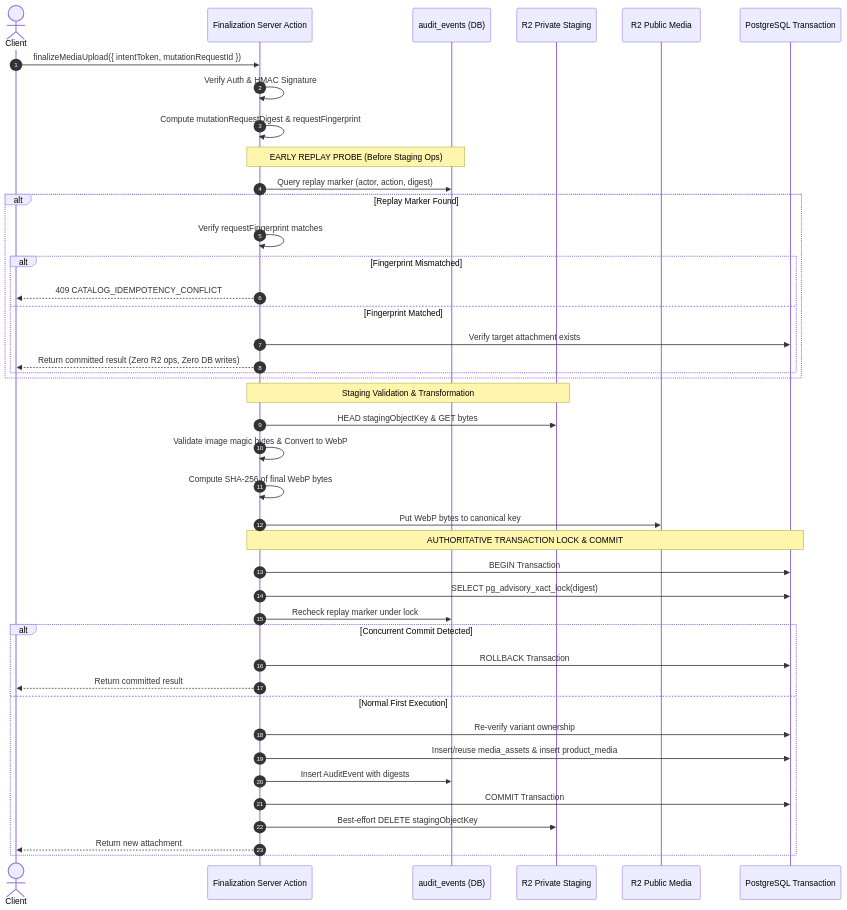
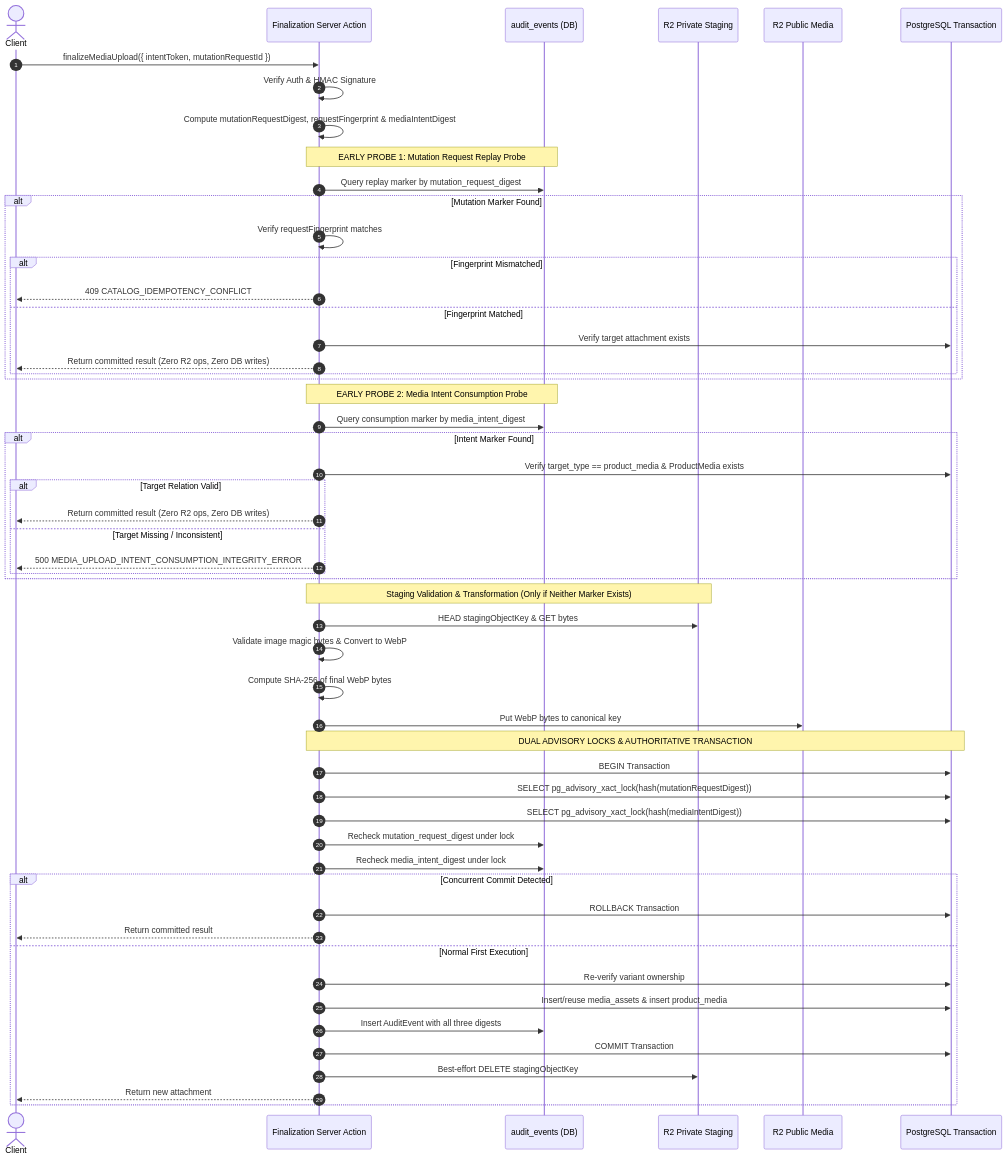
Before and after one commit to SaeBryxn/GamerPeru-Vercel: the third of 3 diagrams in docs/roadmap/GP-024-CONTRACT.md, drawn with Mermaid. The commit also changed other lines of this file and 1 other file, not shown here.

Commit message:
docs(roadmap): finalize GP-024 single-use media intent contract (CHK0-BR4)

````diff
--- a/docs/roadmap/GP-024-CONTRACT.md
+++ b/docs/roadmap/GP-024-CONTRACT.md
@@ -556,45 +561,61 @@
 ```mermaid
 sequenceDiagram
     autonumber
     actor Client
     participant Server as Finalization Server Action
     participant Audit as audit_events (DB)
     participant Staging as R2 Private Staging
     participant Public as R2 Public Media
     participant DB as PostgreSQL Transaction
 
     Client->>Server: finalizeMediaUpload({ intentToken, mutationRequestId })
     Server->>Server: Verify Auth & HMAC Signature
-    Server->>Server: Compute mutationRequestDigest & requestFingerprint
-    Note over Server,Audit: EARLY REPLAY PROBE (Before Staging Ops)
-    Server->>Audit: Query replay marker (actor, action, digest)
-    alt Replay Marker Found
+    Server->>Server: Compute mutationRequestDigest, requestFingerprint & mediaIntentDigest
+
+    Note over Server,Audit: EARLY PROBE 1: Mutation Request Replay Probe
+    Server->>Audit: Query replay marker by mutation_request_digest
+    alt Mutation Marker Found
         Server->>Server: Verify requestFingerprint matches
         alt Fingerprint Mismatched
             Server-->>Client: 409 CATALOG_IDEMPOTENCY_CONFLICT
         else Fingerprint Matched
             Server->>DB: Verify target attachment exists
             Server-->>Client: Return committed result (Zero R2 ops, Zero DB writes)
         end
     end
-    Note over Server,Staging: Staging Validation & Transformation
+
+    Note over Server,Audit: EARLY PROBE 2: Media Intent Consumption Probe
+    Server->>Audit: Query consumption marker by media_intent_digest
+    alt Intent Marker Found
+        Server->>DB: Verify target_type == product_media & ProductMedia exists
+        alt Target Relation Valid
+            Server-->>Client: Return committed result (Zero R2 ops, Zero DB writes)
+        else Target Missing / Inconsistent
+            Server-->>Client: 500 MEDIA_UPLOAD_INTENT_CONSUMPTION_INTEGRITY_ERROR
+        end
+    end
+
+    Note over Server,Staging: Staging Validation & Transformation (Only if Neither Marker Exists)
     Server->>Staging: HEAD stagingObjectKey & GET bytes
     Server->>Server: Validate image magic bytes & Convert to WebP
     Server->>Server: Compute SHA-256 of final WebP bytes
     Server->>Public: Put WebP bytes to canonical key
-    Note over Server,DB: AUTHORITATIVE TRANSACTION LOCK & COMMIT
+
+    Note over Server,DB: DUAL ADVISORY LOCKS & AUTHORITATIVE TRANSACTION
     Server->>DB: BEGIN Transaction
-    Server->>DB: SELECT pg_advisory_xact_lock(digest)
-    Server->>Audit: Recheck replay marker under lock
+    Server->>DB: SELECT pg_advisory_xact_lock(hash(mutationRequestDigest))
+    Server->>DB: SELECT pg_advisory_xact_lock(hash(mediaIntentDigest))
+    Server->>Audit: Recheck mutation_request_digest under lock
+    Server->>Audit: Recheck media_intent_digest under lock
     alt Concurrent Commit Detected
         Server->>DB: ROLLBACK Transaction
         Server-->>Client: Return committed result
     else Normal First Execution
         Server->>DB: Re-verify variant ownership
         Server->>DB: Insert/reuse media_assets & insert product_media
-        Server->>Audit: Insert AuditEvent with digests
+        Server->>Audit: Insert AuditEvent with all three digests
         Server->>DB: COMMIT Transaction
         Server->>Staging: Best-effort DELETE stagingObjectKey
         Server-->>Client: Return new attachment
     end
 ```
````
